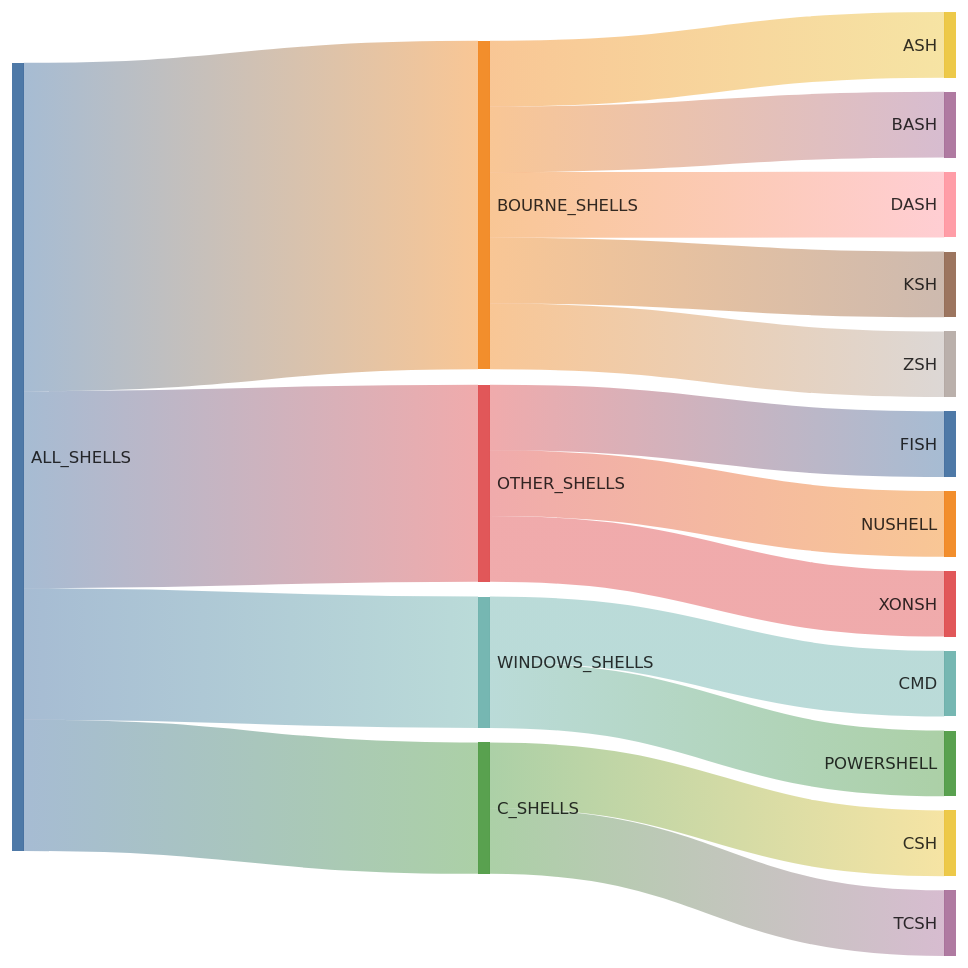
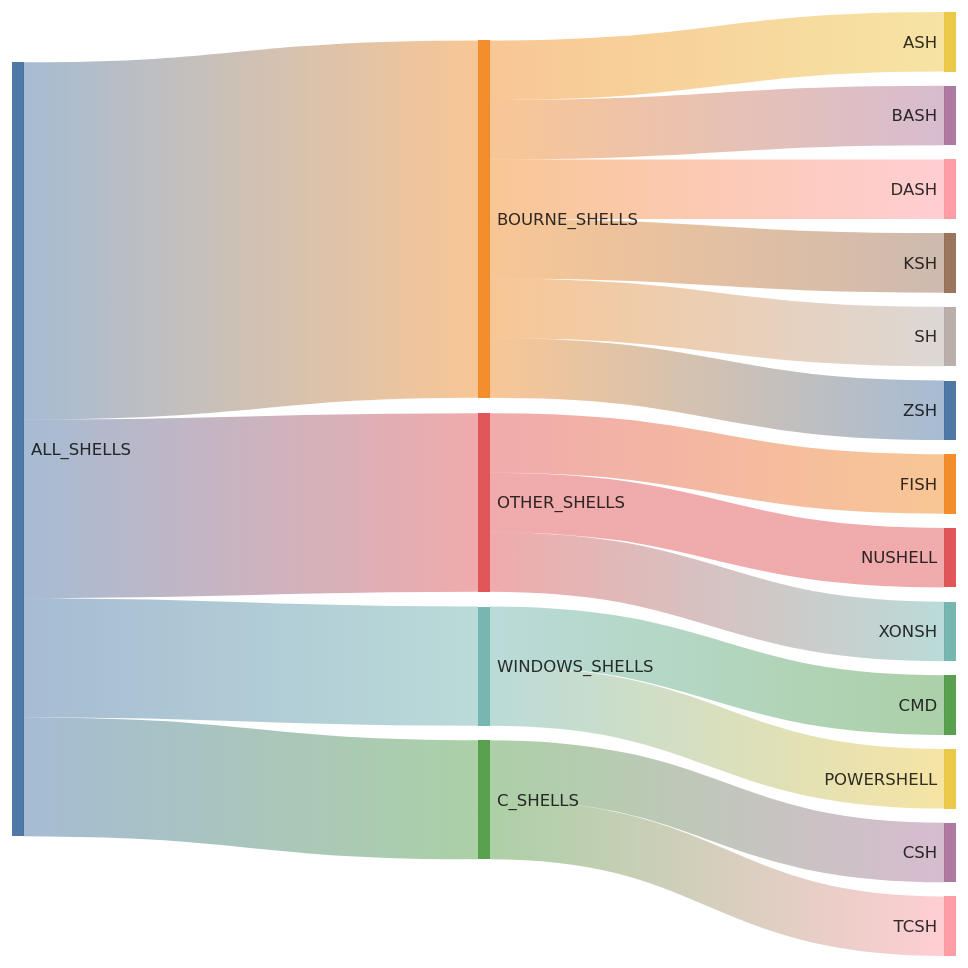
Before and after one commit to kdeldycke/extra-platforms: the first of 2 diagrams in docs/shells.md, drawn with Mermaid. The commit also changed other lines of this file and 11 other files, not shown here.

````diff
--- a/docs/shells.md
+++ b/docs/shells.md
@@ -98,23 +120,24 @@
 ```mermaid
 ---
 config: {"sankey": {"showValues": false, "width": 800, "height": 800}}
 ---
 sankey-beta
 
-ALL_SHELLS,BOURNE_SHELLS,5
+ALL_SHELLS,BOURNE_SHELLS,6
 ALL_SHELLS,OTHER_SHELLS,3
 ALL_SHELLS,WINDOWS_SHELLS,2
 ALL_SHELLS,C_SHELLS,2
 BOURNE_SHELLS,ASH,1
 BOURNE_SHELLS,BASH,1
 BOURNE_SHELLS,DASH,1
 BOURNE_SHELLS,KSH,1
+BOURNE_SHELLS,SH,1
 BOURNE_SHELLS,ZSH,1
 OTHER_SHELLS,FISH,1
 OTHER_SHELLS,NUSHELL,1
 OTHER_SHELLS,XONSH,1
 WINDOWS_SHELLS,CMD,1
 WINDOWS_SHELLS,POWERSHELL,1
 C_SHELLS,CSH,1
 C_SHELLS,TCSH,1
 ```
````
